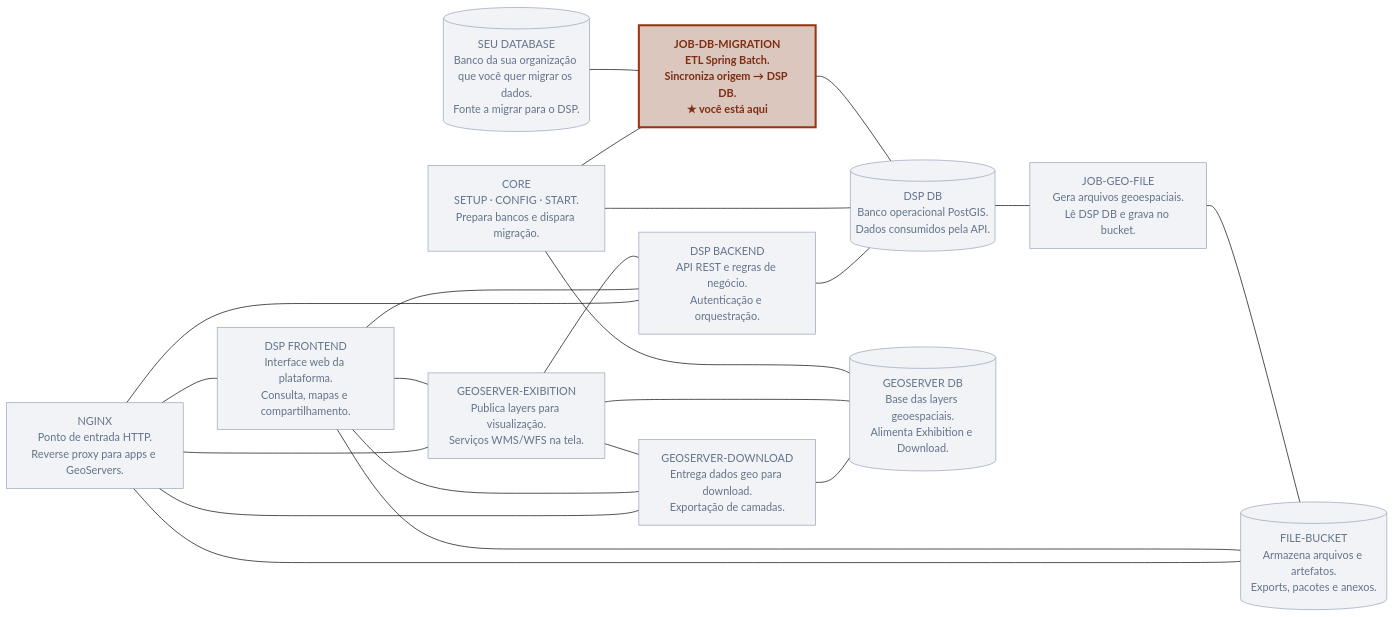
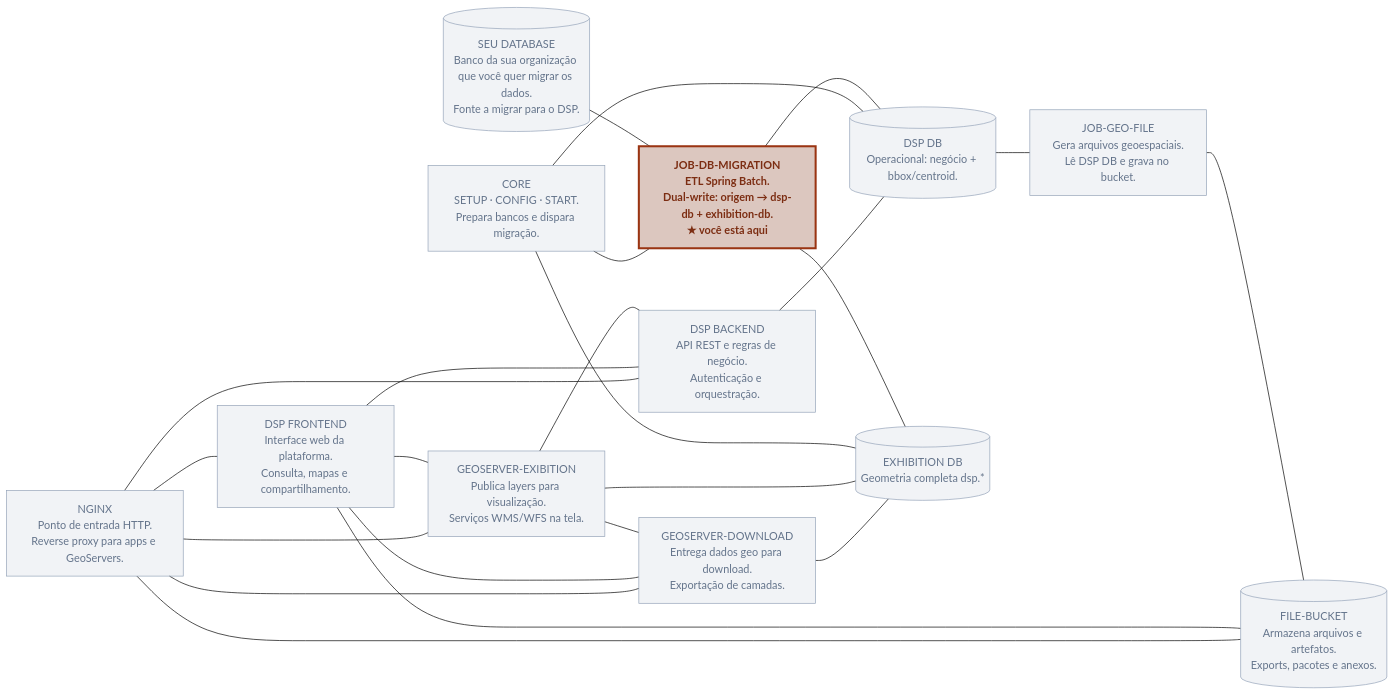
One commit to kleber-albino/rer-dsp-docs changed the first of 7 diagrams in docs/migration/rer-dsp-job-data-migration.md. Above: the diagram before and after it, drawn with Mermaid (forest theme). The commit also changed other lines of this file and 11 other files, not shown here.

First line of the commit message:
docs: remove outdated diagram options and update migration/architecture docs for dual-db setup

````diff
--- a/docs/migration/rer-dsp-job-data-migration.md
+++ b/docs/migration/rer-dsp-job-data-migration.md
@@ -53,50 +52,51 @@
 ```mermaid
 flowchart LR
   srcDb[("SEU DATABASE<br/>Banco da sua organização que você quer migrar os dados.<br/>Fonte a migrar para o DSP.")]
-  jobMig["<b>JOB-DB-MIGRATION</b><br/><b>ETL Spring Batch.</b><br/><b>Sincroniza origem → DSP DB.</b><br/><b>★ você está aqui</b>"]
+  jobMig["<b>JOB-DB-MIGRATION</b><br/><b>ETL Spring Batch.</b><br/><b>Dual-write: origem → dsp-db + exhibition-db.</b><br/><b>★ você está aqui</b>"]
   core["CORE<br/>SETUP · CONFIG · START.<br/>Prepara bancos e dispara migração."]
   jobGeo["JOB-GEO-FILE<br/>Gera arquivos geoespaciais.<br/>Lê DSP DB e grava no bucket."]
 
-  dspDb[("DSP DB<br/>Banco operacional PostGIS.<br/>Dados consumidos pela API.")]
-  gsDb[("GEOSERVER DB<br/>Base das layers geoespaciais.<br/>Alimenta Exhibition e Download.")]
+  dspDb[("DSP DB<br/>Operacional: negócio + bbox/centroid.")]
+  gsDb[("EXHIBITION DB<br/>Geometria completa dsp.*")]
   bucket[("FILE-BUCKET<br/>Armazena arquivos e artefatos.<br/>Exports, pacotes e anexos.")]
 
   be["DSP BACKEND<br/>API REST e regras de negócio.<br/>Autenticação e orquestração."]
   fe["DSP FRONTEND<br/>Interface web da plataforma.<br/>Consulta, mapas e compartilhamento."]
 
   gsEx["GEOSERVER-EXIBITION<br/>Publica layers para visualização.<br/>Serviços WMS/WFS na tela."]
   gsDl["GEOSERVER-DOWNLOAD<br/>Entrega dados geo para download.<br/>Exportação de camadas."]
 
   nginx["NGINX<br/>Ponto de entrada HTTP.<br/>Reverse proxy para apps e GeoServers."]
 
   srcDb --- jobMig
   jobMig --- dspDb
+  jobMig --- gsDb
   core --- jobMig
   core --- dspDb
   core --- gsDb
   dspDb --- jobGeo
   jobGeo --- bucket
 
   be --- dspDb
   gsEx --- gsDb
   gsDl --- gsDb
   gsEx --- be
   gsEx --- gsDl
 
   fe --- be
   fe --- bucket
   fe --- gsEx
   fe --- gsDl
 
   nginx --- fe
   nginx --- be
   nginx --- gsEx
   nginx --- gsDl
   nginx --- bucket
 
   classDef muted fill:#94a3b822,color:#64748b,stroke:#94a3b8,stroke-width:1px
   classDef here fill:#7c2d1244,color:#7c2d12,stroke:#9a3412,stroke-width:3px
 
   class nginx,fe,be,gsEx,gsDl,dspDb,gsDb,srcDb,bucket,jobGeo,core muted
   class jobMig here
 ```
````
